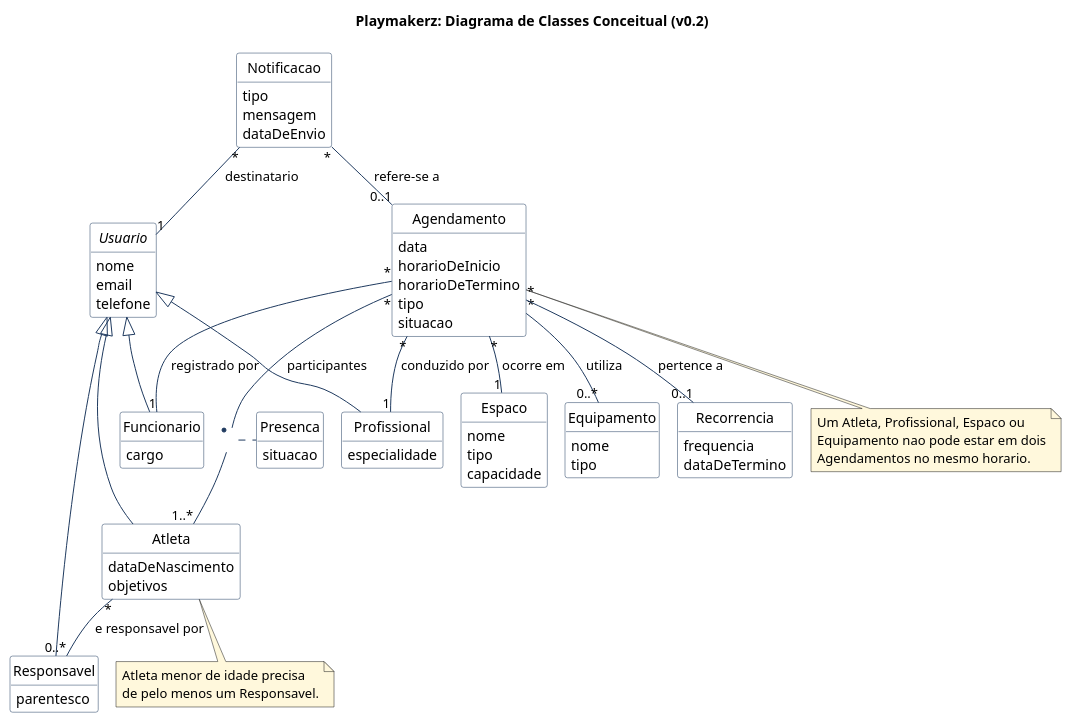
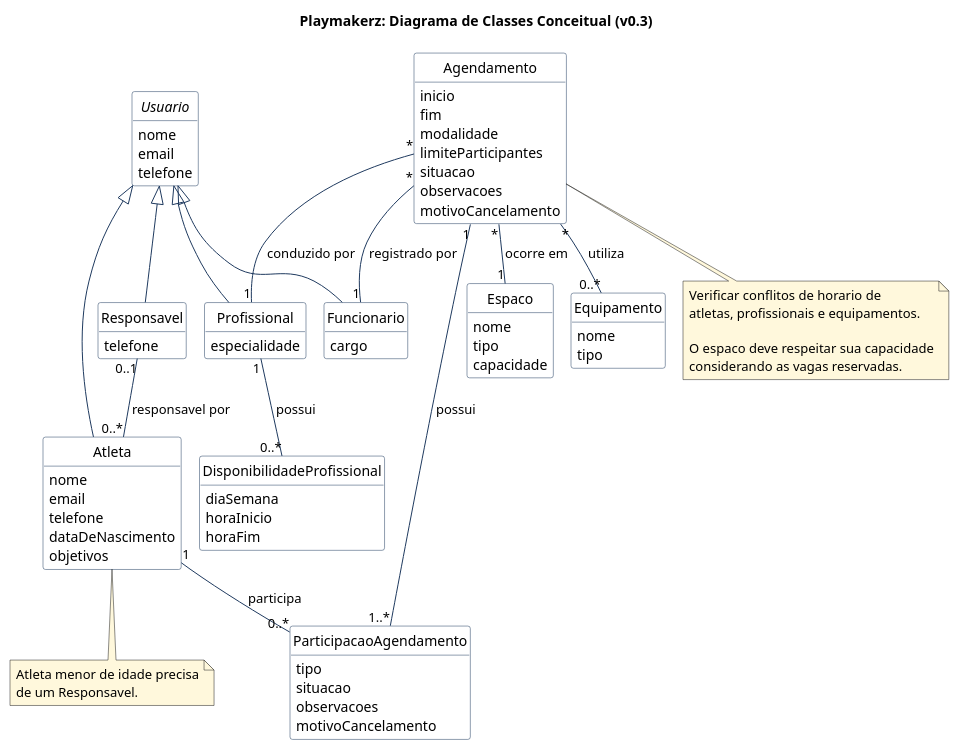
One commit to Projetos-de-Extensao/PECDII_26.2_8001_IV changed the diagram in assets/Diagrama_de_Classes/classes_conceitual.puml. Above: the diagram before and after it, drawn with PlantUML. The commit also changed 42 other files, not shown here.

```diff
--- a/assets/Diagrama_de_Classes/classes_conceitual.puml
+++ b/assets/Diagrama_de_Classes/classes_conceitual.puml
@@ -1,100 +1,102 @@
 @startuml classes_conceitual
 !pragma layout smetana
-title Playmakerz: Diagrama de Classes Conceitual (v0.2)
+title Playmakerz: Diagrama de Classes Conceitual (v0.3)
 
 skinparam shadowing false
 skinparam classAttributeIconSize 0
 skinparam classBackgroundColor #FFFFFF
 skinparam classBorderColor #1F3A5F
 skinparam ArrowColor #1F3A5F
 skinparam NoteBackgroundColor #FFF8DC
 hide empty methods
 hide circle
 
 abstract class Usuario {
   nome
   email
   telefone
 }
 
 class Atleta {
+  nome
+  email
+  telefone
   dataDeNascimento
   objetivos
 }
 
 class Responsavel {
-  parentesco
+  telefone
 }
 
 class Profissional {
   especialidade
+}
+
+class DisponibilidadeProfissional {
+  diaSemana
+  horaInicio
+  horaFim
 }
 
 class Funcionario {
   cargo
 }
 
 class Espaco {
   nome
   tipo
   capacidade
 }
 
 class Equipamento {
   nome
   tipo
 }
 
 class Agendamento {
-  data
-  horarioDeInicio
-  horarioDeTermino
+  inicio
+  fim
+  modalidade
+  limiteParticipantes
+  situacao
+  observacoes
+  motivoCancelamento
+}
+
+class ParticipacaoAgendamento {
   tipo
   situacao
-}
-
-class Recorrencia {
-  frequencia
-  dataDeTermino
-}
-
-class Presenca {
-  situacao
-}
-
-class Notificacao {
-  tipo
-  mensagem
-  dataDeEnvio
+  observacoes
+  motivoCancelamento
 }
 
 Usuario <|-- Atleta
 Usuario <|-- Responsavel
 Usuario <|-- Profissional
 Usuario <|-- Funcionario
 
-Atleta "*" -- "0..*" Responsavel : e responsavel por <
+Responsavel "0..1" -- "0..*" Atleta : responsavel por >
 
-Agendamento "*" -- "1..*" Atleta : participantes
-(Agendamento, Atleta) .. Presenca
+Agendamento "1" -- "1..*" ParticipacaoAgendamento : possui >
+Atleta "1" -- "0..*" ParticipacaoAgendamento : participa >
+Profissional "1" -- "0..*" DisponibilidadeProfissional : possui >
 Agendamento "*" -- "1" Profissional : conduzido por >
 Agendamento "*" -- "1" Espaco : ocorre em >
 Agendamento "*" -- "0..*" Equipamento : utiliza >
-Agendamento "*" -- "0..1" Recorrencia : pertence a >
 Agendamento "*" -- "1" Funcionario : registrado por >
 
-Notificacao "*" -- "1" Usuario : destinatario >
-Notificacao "*" -- "0..1" Agendamento : refere-se a >
+note bottom of Agendamento
+  Verificar conflitos de horario de
+  atletas, profissionais e equipamentos.
 
-note bottom of Agendamento
-  Um Atleta, Profissional, Espaco ou
-  Equipamento nao pode estar em dois
-  Agendamentos no mesmo horario.
+  O espaco deve respeitar sua capacidade
+  considerando as vagas reservadas.
 end note
 
 note bottom of Atleta
   Atleta menor de idade precisa
-  de pelo menos um Responsavel.
+  de um Responsavel.
 end note
 
 @enduml
```
